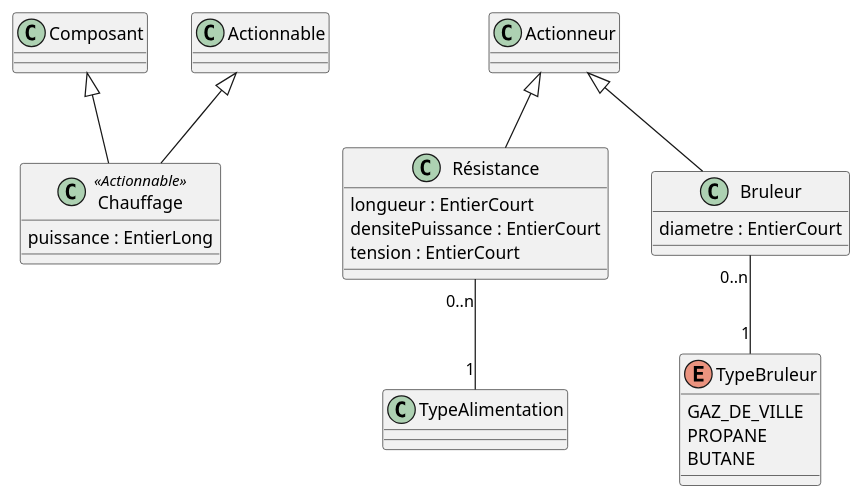
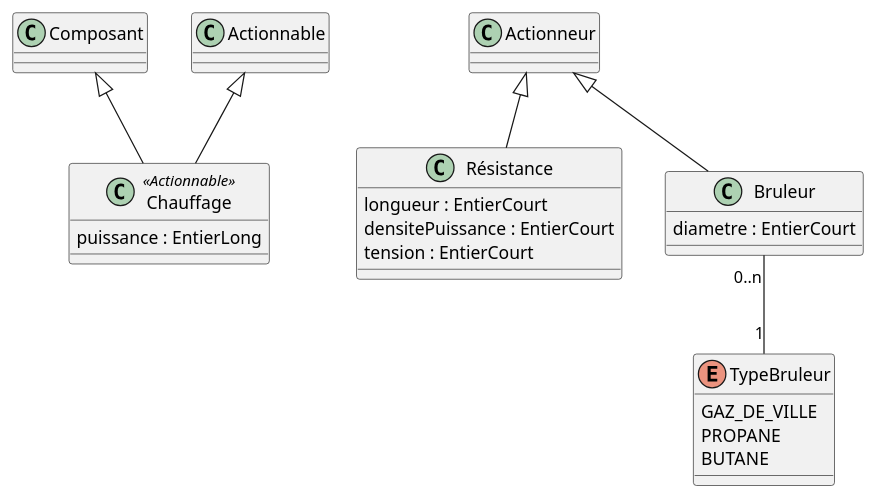
Before and after one commit to beerfactory/brewbox-uml: the diagram in chauffage.iuml, drawn with PlantUML. The commit also changed 4 other files, not shown here.

```diff
--- a/chauffage.iuml
+++ b/chauffage.iuml
@@ -1,26 +1,25 @@
 class Chauffage <<Actionnable>> {
     puissance : EntierLong
 }
 
 class Résistance {
     longueur : EntierCourt
     densitePuissance : EntierCourt
     tension : EntierCourt
 }
 
 class Bruleur {
     diametre : EntierCourt
 }
 
 enum TypeBruleur {
     GAZ_DE_VILLE
     PROPANE
     BUTANE
 }
 
 Composant <|-- Chauffage
 Actionnable <|-- Chauffage
 Actionneur <|-- Résistance
 Actionneur <|-- Bruleur
-Résistance "0..n" -- "1" TypeAlimentation
 Bruleur "0..n" -- "1" TypeBruleur
```
